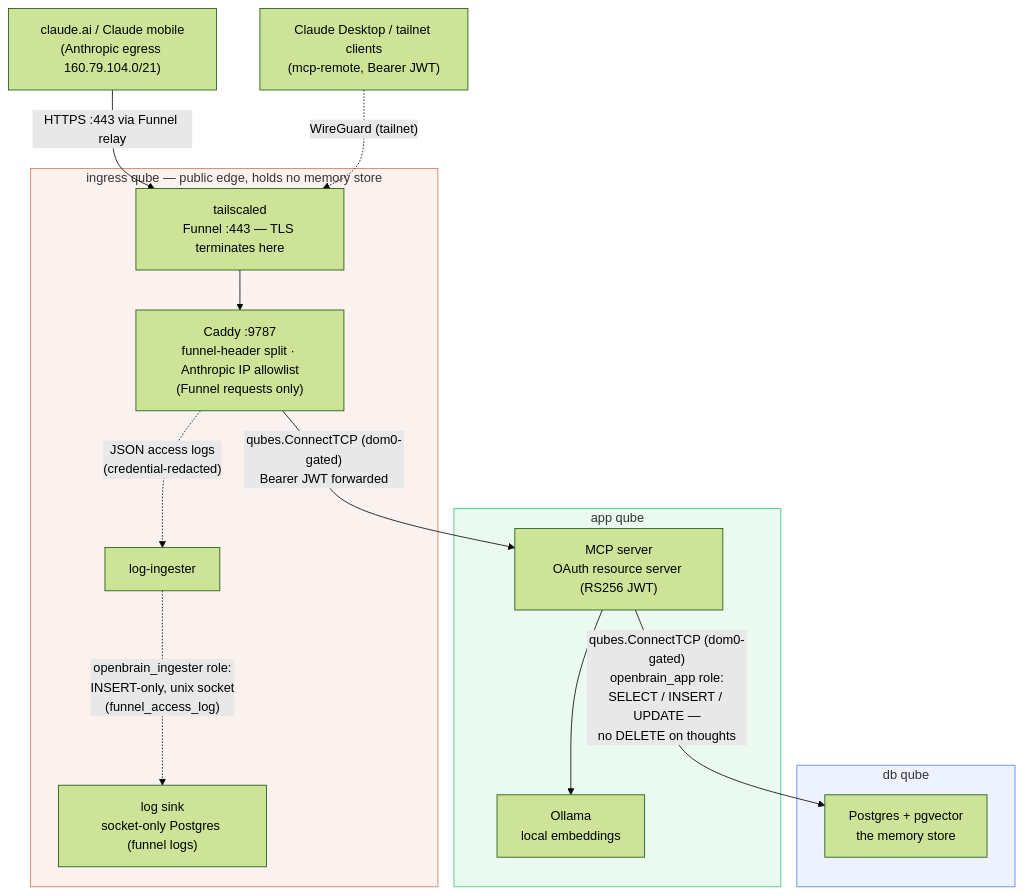
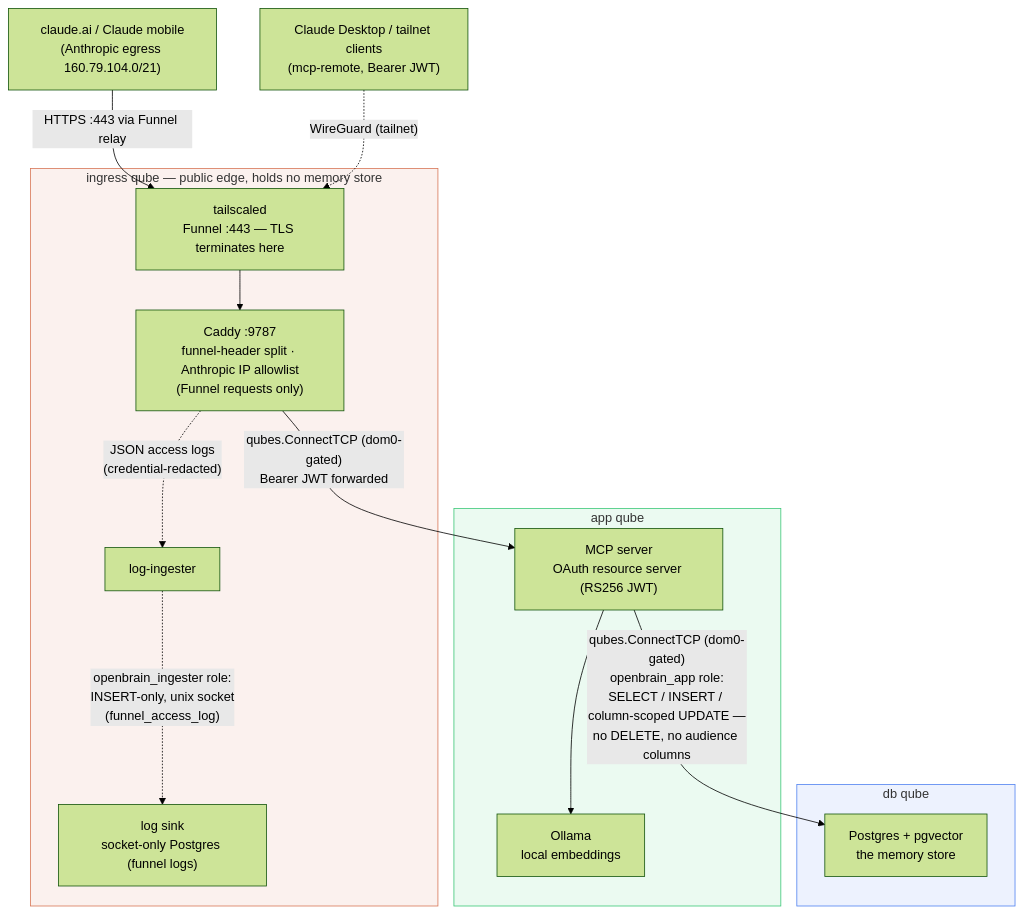
The first of 2 diagrams in README.md (lcjanke2020/ob1-selfhosted), drawn with Mermaid (forest theme) before and after one commit. The commit also changed other lines of this file and 28 other files, not shown here.

````diff
--- a/README.md
+++ b/README.md
@@ -87,34 +87,34 @@
 ```mermaid
 flowchart TB
     CL["claude.ai / Claude mobile<br/>(Anthropic egress 160.79.104.0/21)"]
     CD["Claude Desktop / tailnet clients<br/>(mcp-remote, Bearer JWT)"]
 
     subgraph ING["ingress qube — public edge, holds no memory store"]
         TS["tailscaled<br/>Funnel :443 — TLS terminates here"]
         CA["Caddy :9787<br/>funnel-header split · Anthropic IP allowlist<br/>(Funnel requests only)"]
         LI["log-ingester"]
         SK["log sink<br/>socket-only Postgres (funnel logs)"]
         TS --> CA
         CA -. "JSON access logs<br/>(credential-redacted)" .-> LI
     end
 
     subgraph APP["app qube"]
         MCP["MCP server<br/>OAuth resource server (RS256 JWT)"]
         OL["Ollama<br/>local embeddings"]
         MCP --> OL
     end
 
     subgraph DBQ["db qube"]
         PG["Postgres + pgvector<br/>the memory store"]
     end
 
     CL -- "HTTPS :443 via Funnel relay" --> TS
     CD -. "WireGuard (tailnet)" .-> TS
     CA -- "qubes.ConnectTCP (dom0-gated)<br/>Bearer JWT forwarded" --> MCP
-    MCP -- "qubes.ConnectTCP (dom0-gated)<br/>openbrain_app role:<br/>SELECT / INSERT / UPDATE —<br/>no DELETE on thoughts" --> PG
+    MCP -- "qubes.ConnectTCP (dom0-gated)<br/>openbrain_app role:<br/>SELECT / INSERT / column-scoped UPDATE —<br/>no DELETE, no audience columns" --> PG
     LI -. "openbrain_ingester role:<br/>INSERT-only, unix socket<br/>(funnel_access_log)" .-> SK
 
     style ING fill:#d777571a,stroke:#d77757
     style APP fill:#3cc8781a,stroke:#3cc878
     style DBQ fill:#5082f01a,stroke:#5082f0
 ```
````
